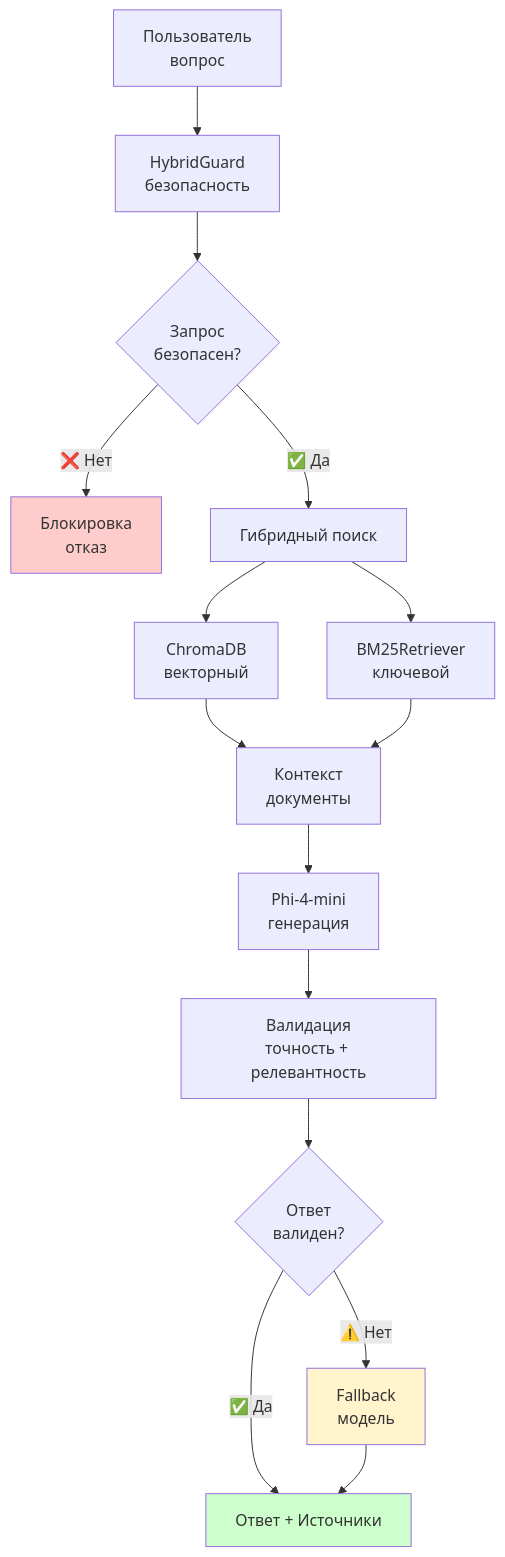
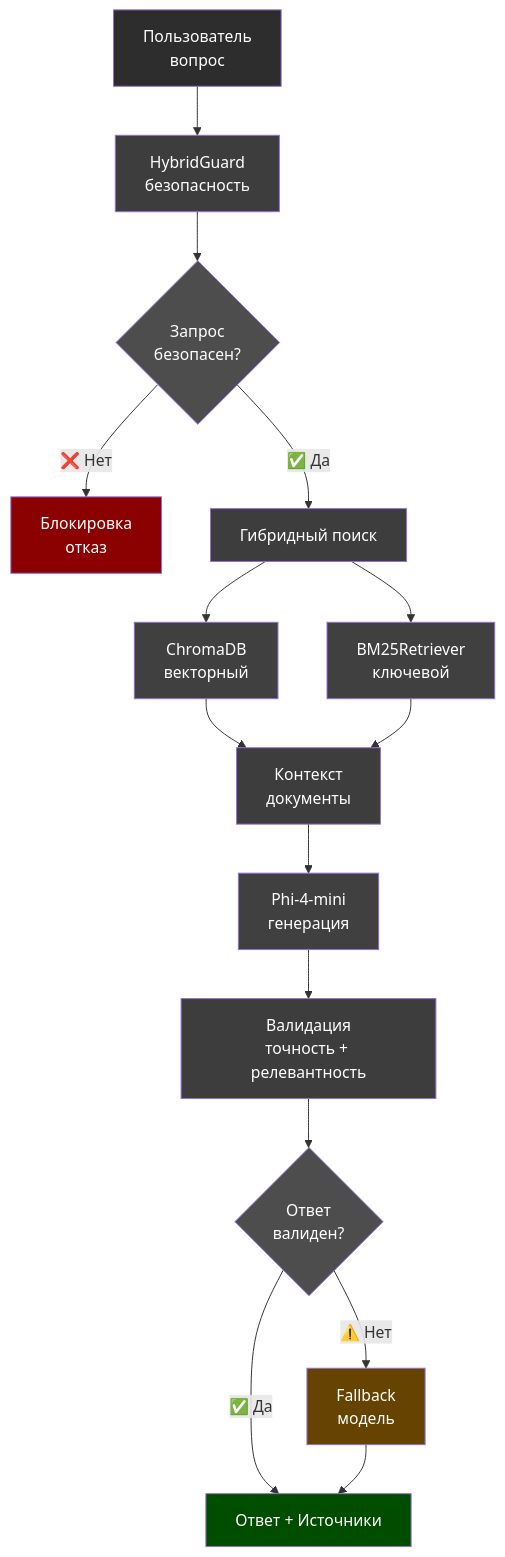
Before and after one commit to SkyYorker/Rag_system-neuro_lawyer: the diagram in README.md, drawn with Mermaid. The commit also changed other lines of this file and 1 other file, not shown here.

Commit message:
Update: переименован блокнот в RAG-система_нейро-юрист.ipynb, обновлен README с темной диаграммой

````diff
--- a/README.md
+++ b/README.md
@@ -101,21 +104,31 @@
 ```mermaid
 flowchart TD
     A[Пользователь<br/>вопрос] --> B[HybridGuard<br/>безопасность]
     B --> C{Запрос<br/>безопасен?}
     C -->|❌ Нет| D[Блокировка<br/>отказ]
     C -->|✅ Да| E[Гибридный поиск]
     E --> F[ChromaDB<br/>векторный]
     E --> G[BM25Retriever<br/>ключевой]
     F --> H[Контекст<br/>документы]
     G --> H
     H --> I[Phi-4-mini<br/>генерация]
     I --> J[Валидация<br/>точность + релевантность]
     J --> K{Ответ<br/>валиден?}
     K -->|⚠️ Нет| L[Fallback<br/>модель]
     K -->|✅ Да| M[Ответ + Источники]
     L --> M
     
-    style D fill:#ffcccc
-    style M fill:#ccffcc
-    style L fill:#fff4cc
+    style A fill:#2d2d2d,color:#ffffff
+    style B fill:#3d3d3d,color:#ffffff
+    style C fill:#4d4d4d,color:#ffffff
+    style D fill:#8b0000,color:#ffffff
+    style E fill:#3d3d3d,color:#ffffff
+    style F fill:#404040,color:#ffffff
+    style G fill:#404040,color:#ffffff
+    style H fill:#3d3d3d,color:#ffffff
+    style I fill:#404040,color:#ffffff
+    style J fill:#3d3d3d,color:#ffffff
+    style K fill:#4d4d4d,color:#ffffff
+    style L fill:#664400,color:#ffffff
+    style M fill:#004d00,color:#ffffff
 ```
````
